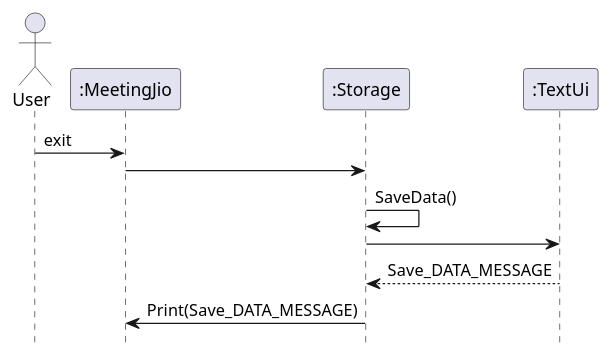
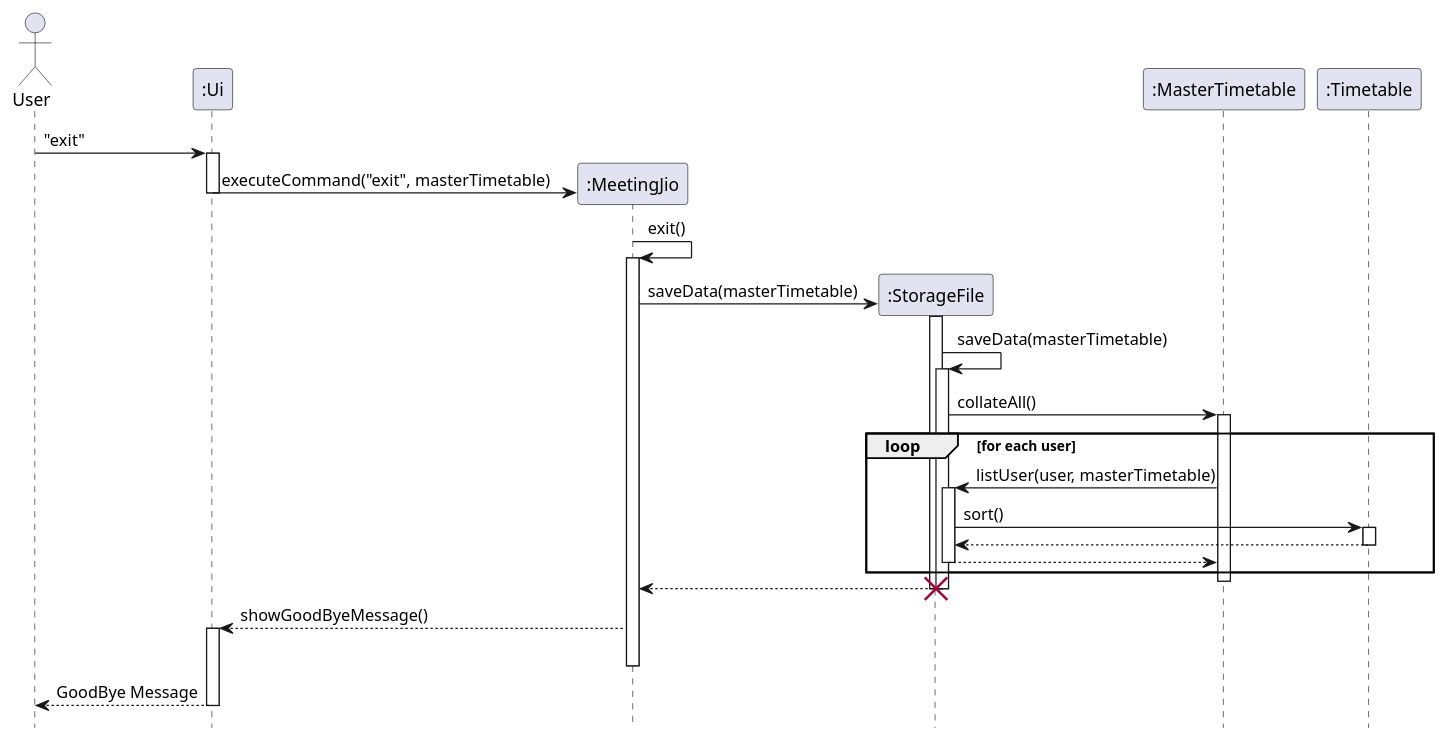
Before and after one commit to nus-cs2113-AY2122S2/tp: the diagram in docs/diagrams/SaveSequenceDiagram.puml, drawn with PlantUML. The commit also changed 4 other files, not shown here.

Commit message:
Add save sequence diagram and load sequence diagram

```diff
--- a/docs/diagrams/SaveSequenceDiagram.puml
+++ b/docs/diagrams/SaveSequenceDiagram.puml
@@ -1,17 +1,29 @@
 @startuml
 'https://plantuml.com/sequence-diagram
 
 hide footbox
 actor User
-participant ":MeetingJio"
-participant ":Storage"
-participant ":TextUi"
 
-User -> ":MeetingJio" : exit
-":MeetingJio" -> ":Storage"
-":Storage" -> ":Storage" : SaveData()
-":Storage" -> ":TextUi"
-":TextUi" --> ":Storage" : Save_DATA_MESSAGE
-":Storage" -> ":MeetingJio": Print(Save_DATA_MESSAGE)
+User -> ":Ui" ++: "exit"
+create ":MeetingJio"
+":Ui" -> ":MeetingJio" --: executeCommand("exit", masterTimetable)
+":MeetingJio" -> ":MeetingJio" ++: exit()
+create ":StorageFile"
+":MeetingJio" -> ":StorageFile" ++: saveData(masterTimetable)
+":StorageFile" -> ":StorageFile" ++: saveData(masterTimetable)
+":StorageFile" -> ":MasterTimetable" ++: collateAll()
+loop for each user
+":MasterTimetable" -> ":StorageFile" ++: listUser(user, masterTimetable)
+":StorageFile" -> ":Timetable" ++: sort()
+":Timetable" --> ":StorageFile" --
+":StorageFile" --> ":MasterTimetable" --
+end
+deactivate ":MasterTimetable"
+":StorageFile" --> ":MeetingJio" --:
+deactivate ":StorageFile"
+destroy ":StorageFile"
+":MeetingJio" --> ":Ui" ++: showGoodByeMessage()
+deactivate ":MeetingJio"
+":Ui" --> User--: GoodBye Message
 
 @enduml
```
